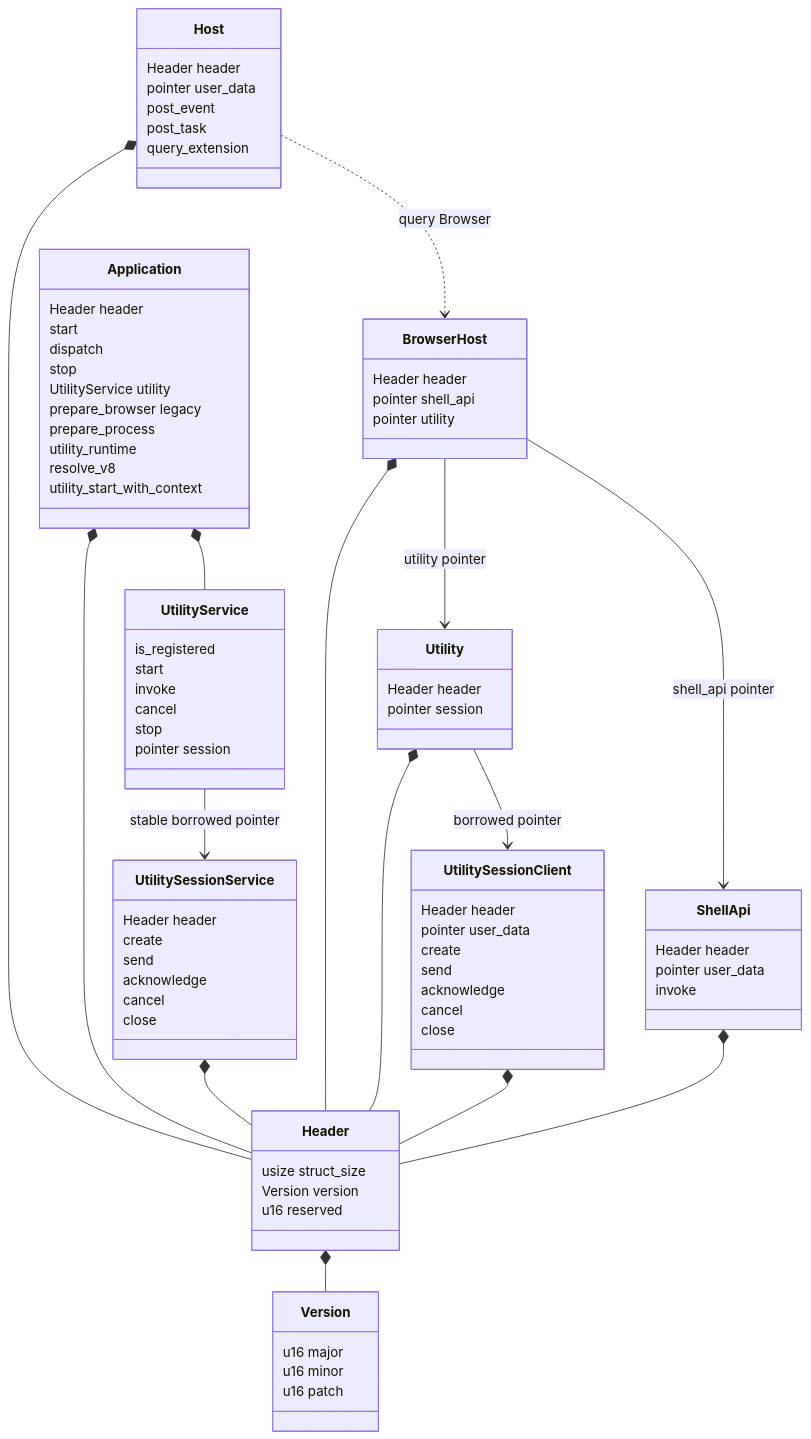
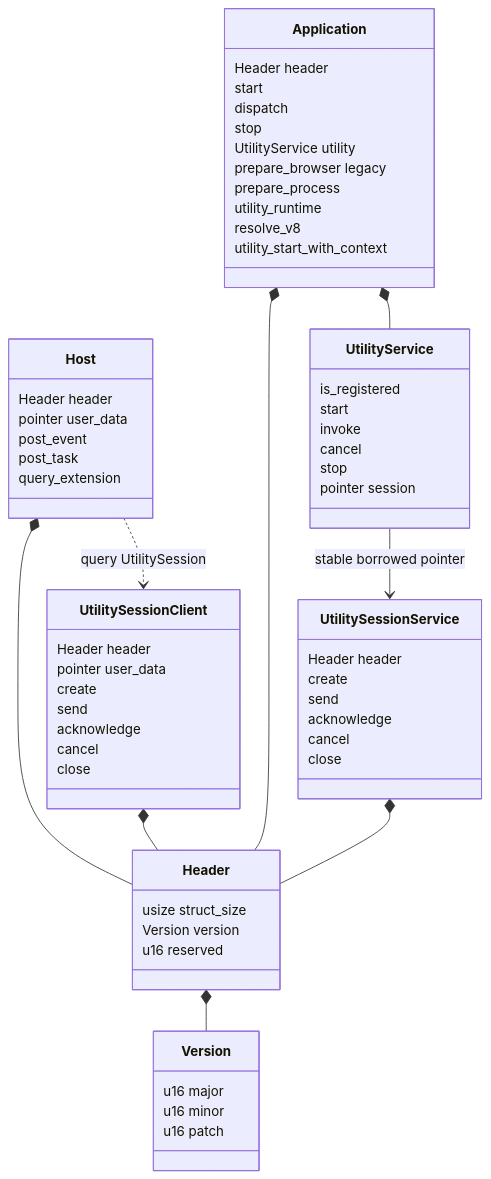
The second of 7 diagrams in crates/tuffite-abi/README.md (tuffite/tuffite), drawn with Mermaid before and after one commit. The commit also changed other lines of this file and 363 other files, not shown here.

```diff
--- a/crates/tuffite-abi/README.md
+++ b/crates/tuffite-abi/README.md
@@ -90,15 +121,6 @@
     post_task
     query_extension
   }
-  class BrowserHost {
-    Header header
-    pointer shell_api
-    pointer utility
-  }
-  class Utility {
-    Header header
-    pointer session
-  }
   class UtilitySessionClient {
     Header header
     pointer user_data
@@ -107,11 +129,6 @@
     acknowledge
     cancel
     close
-  }
-  class ShellApi {
-    Header header
-    pointer user_data
-    invoke
   }
   class Application {
     Header header
@@ -143,14 +160,8 @@
   }
   Header *-- Version
   Host *-- Header
-  Utility *-- Header
-  ShellApi *-- Header
   UtilitySessionClient *-- Header
-  Host ..> BrowserHost : query Browser
-  BrowserHost *-- Header
-  BrowserHost --> Utility : utility pointer
-  BrowserHost --> ShellApi : shell_api pointer
-  Utility --> UtilitySessionClient : borrowed pointer
+  Host ..> UtilitySessionClient : query UtilitySession
   Application *-- Header
   Application *-- UtilityService
   UtilityService --> UtilitySessionService : stable borrowed pointer
```
